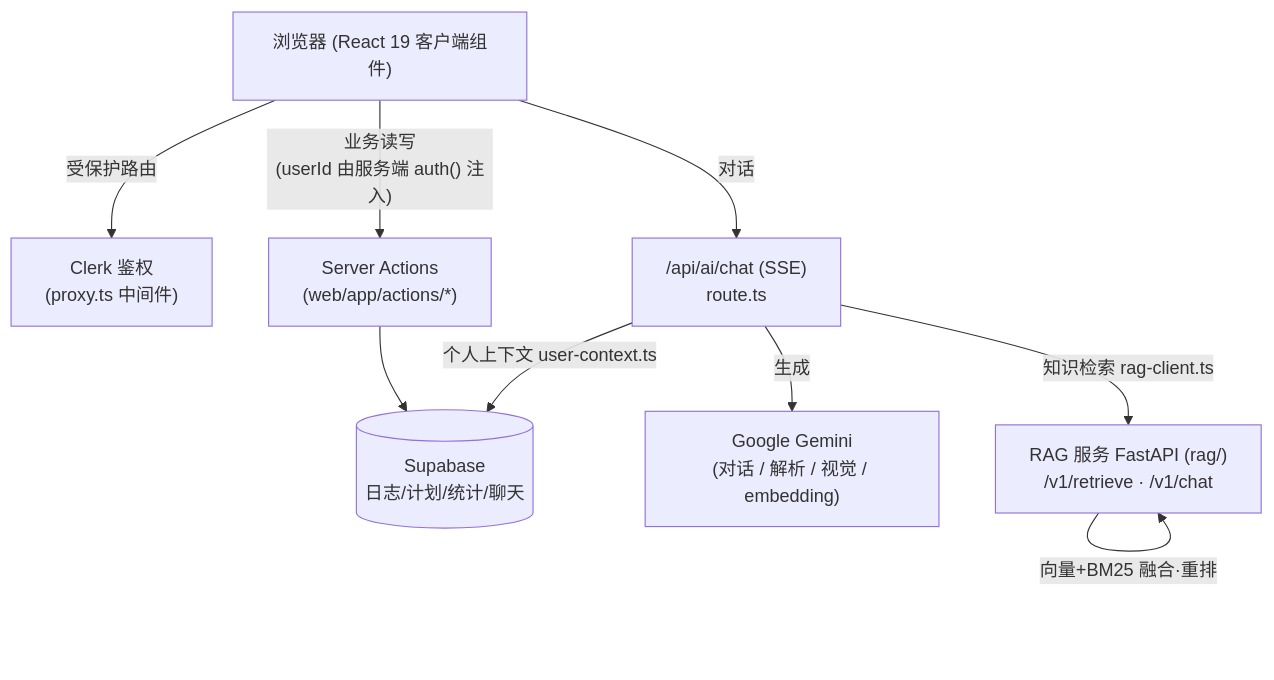
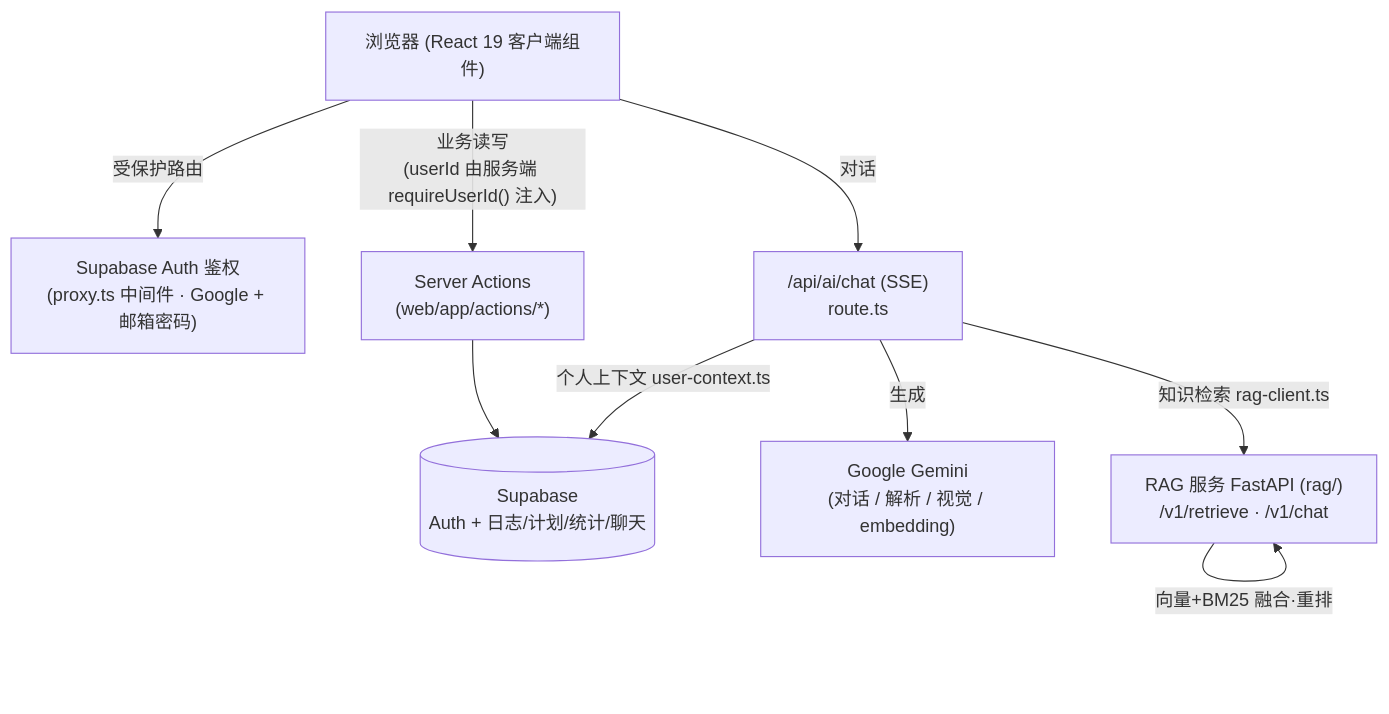
Before and after one commit to G1lollipop/fitcore: the diagram in README.md, drawn with Mermaid. The commit also changed other lines of this file and 4 other files, not shown here.

First line of the commit message:
docs: update auth references to Supabase Auth; ignore OAuth client_secret files

````diff
--- a/README.md
+++ b/README.md
@@ -13,19 +13,19 @@
 ```mermaid
 flowchart TD
     Browser["浏览器 (React 19 客户端组件)"]
-    Clerk["Clerk 鉴权<br/>(proxy.ts 中间件)"]
+    Auth["Supabase Auth 鉴权<br/>(proxy.ts 中间件 · Google + 邮箱密码)"]
     Actions["Server Actions<br/>(web/app/actions/*)"]
     ChatAPI["/api/ai/chat (SSE)<br/>route.ts"]
-    Supabase[("Supabase<br/>日志/计划/统计/聊天")]
+    Supabase[("Supabase<br/>Auth + 日志/计划/统计/聊天")]
     LLM["Google Gemini<br/>(对话 / 解析 / 视觉 / embedding)"]
     RAG["RAG 服务 FastAPI (rag/)<br/>/v1/retrieve · /v1/chat"]
 
-    Browser -->|"受保护路由"| Clerk
-    Browser -->|"业务读写<br/>(userId 由服务端 auth() 注入)"| Actions
+    Browser -->|"受保护路由"| Auth
+    Browser -->|"业务读写<br/>(userId 由服务端 requireUserId() 注入)"| Actions
     Browser -->|"对话"| ChatAPI
     Actions --> Supabase
     ChatAPI -->|"个人上下文 user-context.ts"| Supabase
     ChatAPI -->|"生成"| LLM
     ChatAPI -->|"知识检索 rag-client.ts"| RAG
     RAG -->|"向量+BM25 融合·重排"| RAG
 ```
````
